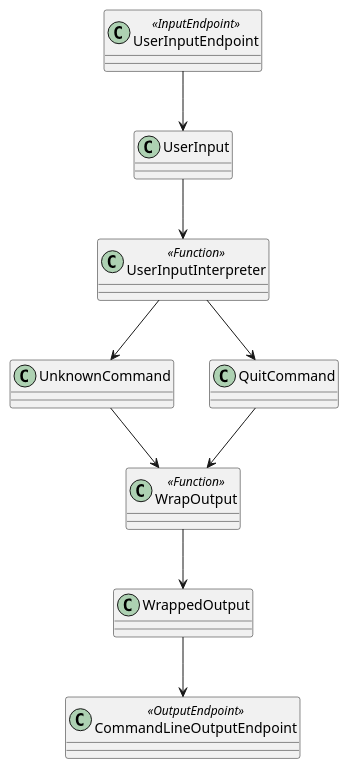
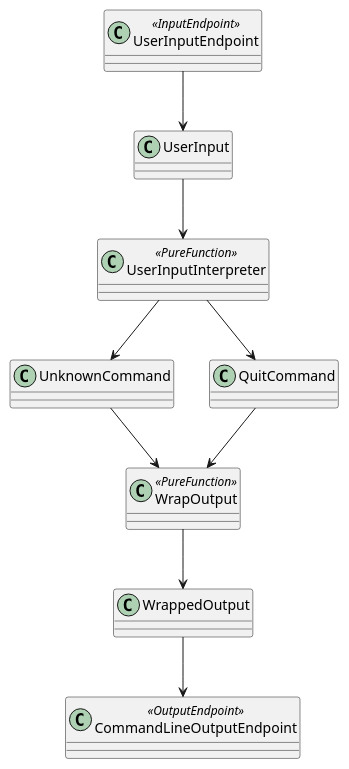
The diagram in example/example.puml (notyy/TypeFlow), drawn with PlantUML before and after one commit. The commit also changed 1 other file, not shown here.

```diff
--- a/example/example.puml
+++ b/example/example.puml
@@ -1,15 +1,15 @@
 @startuml
 class UserInputEndpoint <<InputEndpoint>>
-class UserInputInterpreter <<Function>>
-class WrapOutput <<Function>>
+class UserInputInterpreter <<PureFunction>>
+class WrapOutput <<PureFunction>>
 class CommandLineOutputEndpoint <<OutputEndpoint>>
 
 UserInputEndpoint --> UserInput
 UserInput --> UserInputInterpreter
 UserInputInterpreter --> UnknownCommand
 UnknownCommand --> WrapOutput
 UserInputInterpreter --> QuitCommand
 QuitCommand --> WrapOutput
 WrapOutput --> WrappedOutput
 WrappedOutput --> CommandLineOutputEndpoint
 @enduml
```
